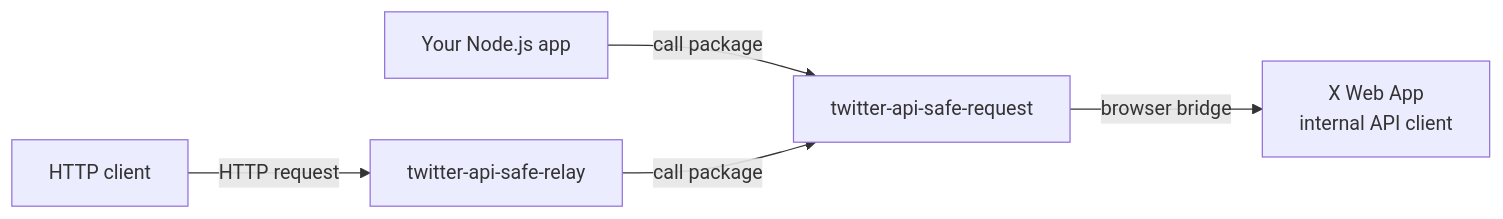
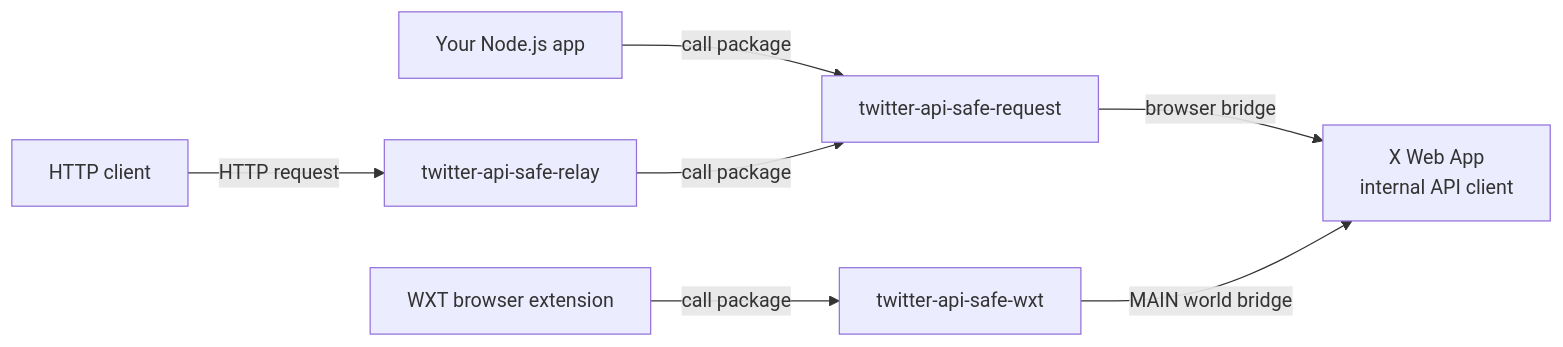
Before and after one commit to fa0311/twitter_api_safe_relay: the diagram in README.md, drawn with Mermaid. The commit also changed other lines of this file and 19 other files, not shown here.

````diff
--- a/README.md
+++ b/README.md
@@ -12,13 +14,17 @@
 ```mermaid
 flowchart LR
 	app["Your Node.js app"]
+	extension["WXT browser extension"]
 	curl["HTTP client"]
 	server["twitter-api-safe-relay"]
 	package["twitter-api-safe-request"]
+	wxt["twitter-api-safe-wxt"]
 	xclient["X Web App<br/>internal API client"]
 
 	app -->|"call package"|package
+	extension -->|"call package"|wxt
 	curl -->|"HTTP request"|server
 	server -->|"call package"|package
 	package -->|"browser bridge"|xclient
+	wxt -->|"MAIN world bridge"|xclient
 ```
````
